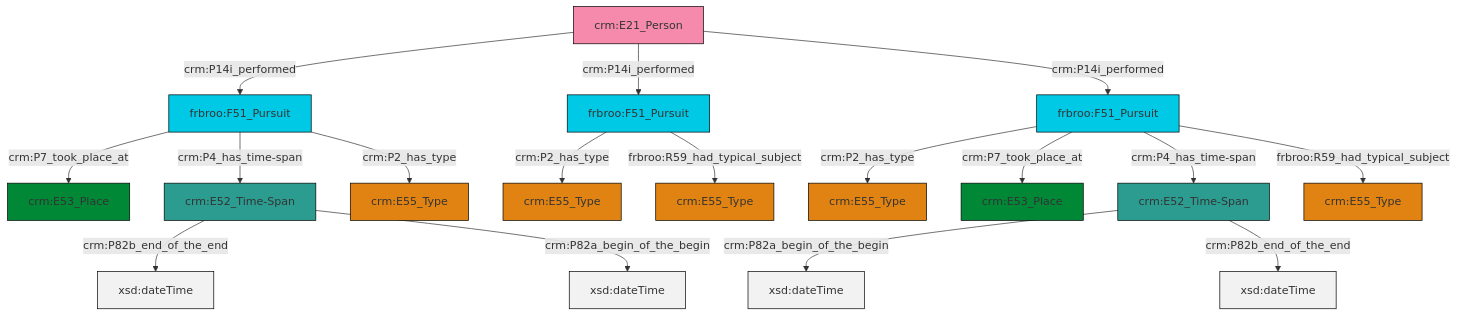
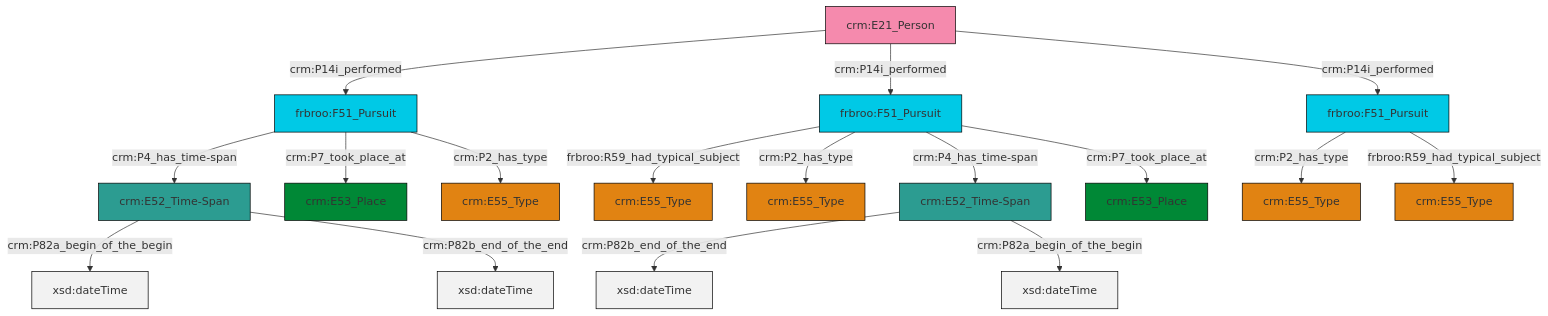
The diagram in et/personCSV/ttl/mmd/Person_Event.ttl.mmd (swiss-art-research-net/reference-data-models), drawn with Mermaid before and after one commit. The commit also changed 126 other files, not shown here.

```diff
--- a/et/personCSV/ttl/mmd/Person_Event.ttl.mmd
+++ b/et/personCSV/ttl/mmd/Person_Event.ttl.mmd
@@ -1,31 +1,31 @@
 graph TD
 classDef Literal fill:#f2f2f2,stroke:#000000;
 classDef CRM_Entity fill:#FFFFFF,stroke:#000000;
 classDef Temporal_Entity fill:#00C9E6, stroke:#000000;
 classDef Type fill:#E18312, stroke:#000000;
 classDef Time-Span fill:#2C9C91, stroke:#000000;
 classDef Appellation fill:#FFEB7F, stroke:#000000;
 classDef Place fill:#008836, stroke:#000000;
 classDef Persistent_Item fill:#B266B2, stroke:#000000;
 classDef Conceptual_Object fill:#FFD700, stroke:#000000;
 classDef Physical_Thing fill:#D2B48C, stroke:#000000;
 classDef Actor fill:#f58aad, stroke:#000000;
 classDef PC_Classes fill:#4ce600, stroke:#000000;
 classDef Multi fill:#cccccc,stroke:#000000;
 
-2["crm:E21_Person"]:::Actor -->|crm:P14i_performed| 3["frbroo:F51_Pursuit"]:::Temporal_Entity
-4["frbroo:F51_Pursuit"]:::Temporal_Entity -->|crm:P2_has_type| 5["crm:E55_Type"]:::Type
-9["frbroo:F51_Pursuit"]:::Temporal_Entity -->|crm:P2_has_type| 7["crm:E55_Type"]:::Type
-2["crm:E21_Person"]:::Actor -->|crm:P14i_performed| 4["frbroo:F51_Pursuit"]:::Temporal_Entity
-9["frbroo:F51_Pursuit"]:::Temporal_Entity -->|crm:P7_took_place_at| 11["crm:E53_Place"]:::Place
-3["frbroo:F51_Pursuit"]:::Temporal_Entity -->|crm:P7_took_place_at| 14["crm:E53_Place"]:::Place
-2["crm:E21_Person"]:::Actor -->|crm:P14i_performed| 9["frbroo:F51_Pursuit"]:::Temporal_Entity
-9["frbroo:F51_Pursuit"]:::Temporal_Entity -->|crm:P4_has_time-span| 15["crm:E52_Time-Span"]:::Time-Span
-16["crm:E52_Time-Span"]:::Time-Span -->|crm:P82b_end_of_the_end| 17[xsd:dateTime]:::Literal
-4["frbroo:F51_Pursuit"]:::Temporal_Entity -->|frbroo:R59_had_typical_subject| 12["crm:E55_Type"]:::Type
-15["crm:E52_Time-Span"]:::Time-Span -->|crm:P82a_begin_of_the_begin| 21[xsd:dateTime]:::Literal
-3["frbroo:F51_Pursuit"]:::Temporal_Entity -->|crm:P4_has_time-span| 16["crm:E52_Time-Span"]:::Time-Span
-9["frbroo:F51_Pursuit"]:::Temporal_Entity -->|frbroo:R59_had_typical_subject| 22["crm:E55_Type"]:::Type
-15["crm:E52_Time-Span"]:::Time-Span -->|crm:P82b_end_of_the_end| 26[xsd:dateTime]:::Literal
-3["frbroo:F51_Pursuit"]:::Temporal_Entity -->|crm:P2_has_type| 0["crm:E55_Type"]:::Type
-16["crm:E52_Time-Span"]:::Time-Span -->|crm:P82a_begin_of_the_begin| 29[xsd:dateTime]:::Literal
+2["crm:E52_Time-Span"]:::Time-Span -->|crm:P82a_begin_of_the_begin| 3[xsd:dateTime]:::Literal
+4["frbroo:F51_Pursuit"]:::Temporal_Entity -->|frbroo:R59_had_typical_subject| 5["crm:E55_Type"]:::Type
+2["crm:E52_Time-Span"]:::Time-Span -->|crm:P82b_end_of_the_end| 6[xsd:dateTime]:::Literal
+9["frbroo:F51_Pursuit"]:::Temporal_Entity -->|crm:P4_has_time-span| 2["crm:E52_Time-Span"]:::Time-Span
+9["frbroo:F51_Pursuit"]:::Temporal_Entity -->|crm:P7_took_place_at| 10["crm:E53_Place"]:::Place
+15["crm:E21_Person"]:::Actor -->|crm:P14i_performed| 9["frbroo:F51_Pursuit"]:::Temporal_Entity
+4["frbroo:F51_Pursuit"]:::Temporal_Entity -->|crm:P2_has_type| 13["crm:E55_Type"]:::Type
+15["crm:E21_Person"]:::Actor -->|crm:P14i_performed| 4["frbroo:F51_Pursuit"]:::Temporal_Entity
+9["frbroo:F51_Pursuit"]:::Temporal_Entity -->|crm:P2_has_type| 23["crm:E55_Type"]:::Type
+17["crm:E52_Time-Span"]:::Time-Span -->|crm:P82b_end_of_the_end| 25[xsd:dateTime]:::Literal
+7["frbroo:F51_Pursuit"]:::Temporal_Entity -->|crm:P2_has_type| 0["crm:E55_Type"]:::Type
+15["crm:E21_Person"]:::Actor -->|crm:P14i_performed| 7["frbroo:F51_Pursuit"]:::Temporal_Entity
+17["crm:E52_Time-Span"]:::Time-Span -->|crm:P82a_begin_of_the_begin| 28[xsd:dateTime]:::Literal
+4["frbroo:F51_Pursuit"]:::Temporal_Entity -->|crm:P4_has_time-span| 17["crm:E52_Time-Span"]:::Time-Span
+4["frbroo:F51_Pursuit"]:::Temporal_Entity -->|crm:P7_took_place_at| 30["crm:E53_Place"]:::Place
+7["frbroo:F51_Pursuit"]:::Temporal_Entity -->|frbroo:R59_had_typical_subject| 11["crm:E55_Type"]:::Type
```
